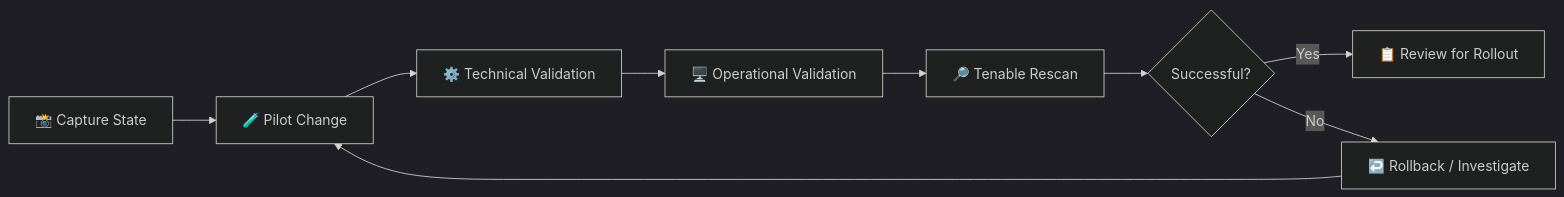
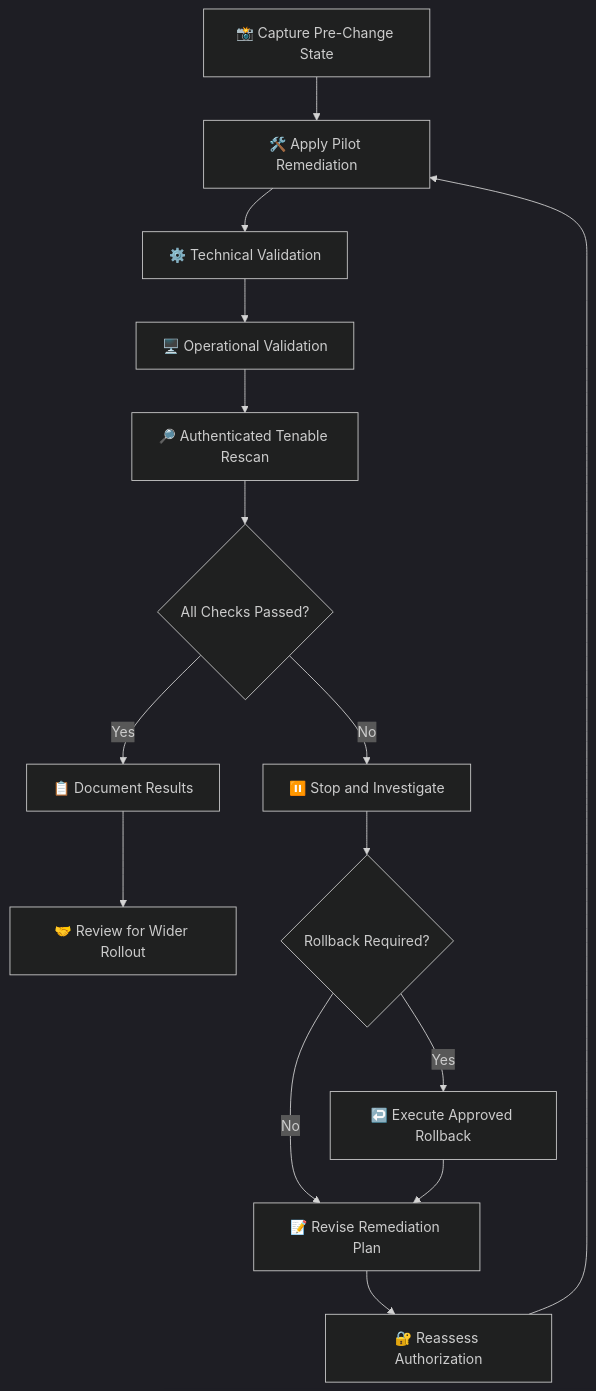
One commit to katydevelops/cyberRangePortfolio changed the diagram in vulnerabilityManagement/05-cab-remediation-review.md. Above: the diagram before and after it, drawn with Mermaid (dark theme). The commit also changed other lines of this file, not shown here.

````diff
--- a/vulnerabilityManagement/05-cab-remediation-review.md
+++ b/vulnerabilityManagement/05-cab-remediation-review.md
@@ -231,11 +259,17 @@
-```mermaid
-flowchart LR
-    A["📸 Capture State"] --> B["🧪 Pilot Change"]
+```mermaid id="x2e1qq"
+flowchart TD
+    A["📸 Capture Pre-Change State"] --> B["🛠️ Apply Pilot Remediation"]
     B --> C["⚙️ Technical Validation"]
     C --> D["🖥️ Operational Validation"]
-    D --> E["🔎 Tenable Rescan"]
-    E --> F{"Successful?"}
-    F -->|"Yes"| G["📋 Review for Rollout"]
-    F -->|"No"| H["↩️ Rollback / Investigate"]
-    H --> B
+    D --> E["🔎 Authenticated Tenable Rescan"]
+    E --> F{"All Checks Passed?"}
+    F -->|"Yes"| G["📋 Document Results"]
+    G --> H["🤝 Review for Wider Rollout"]
+    F -->|"No"| I["⏸️ Stop and Investigate"]
+    I --> J{"Rollback Required?"}
+    J -->|"Yes"| K["↩️ Execute Approved Rollback"]
+    J -->|"No"| L["📝 Revise Remediation Plan"]
+    K --> L
+    L --> M["🔐 Reassess Authorization"]
+    M --> B
 ```
````
